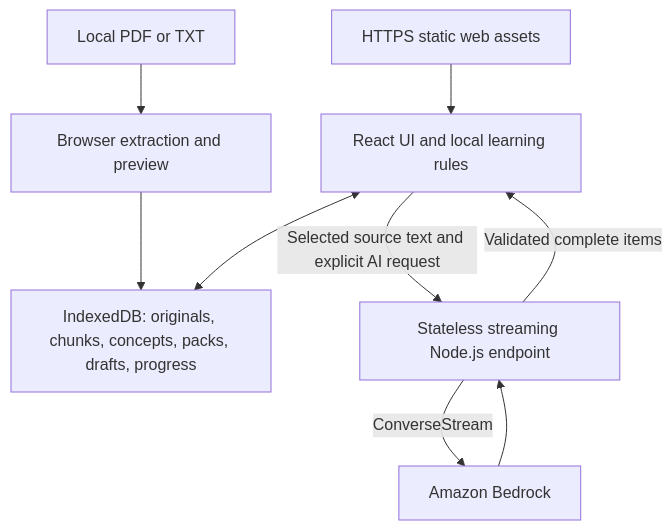
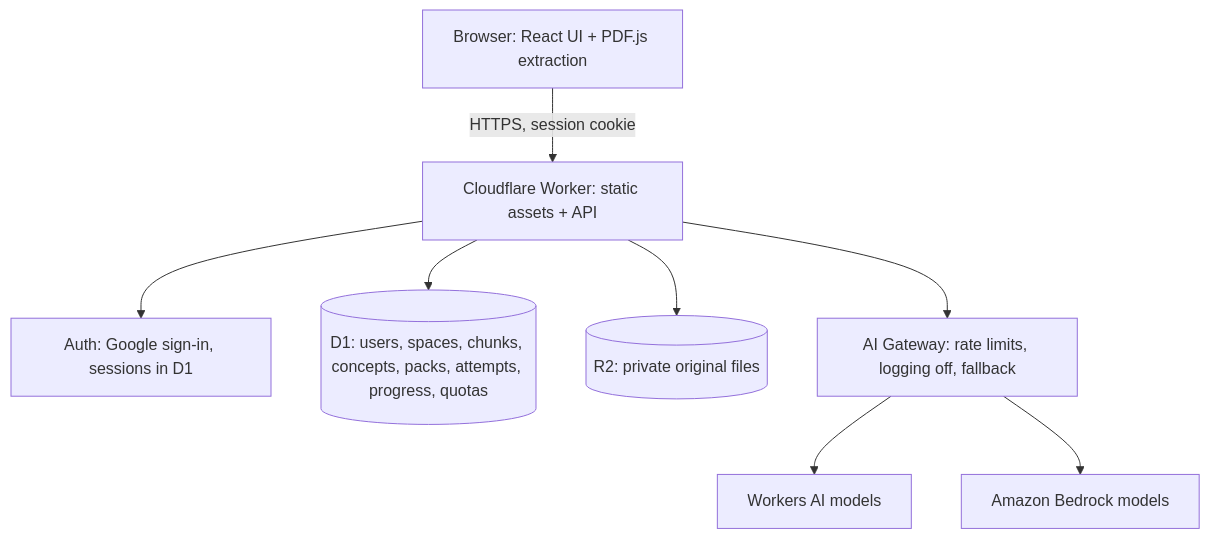
Before and after one commit to Onyekachukwu-Nweke/tai: the diagram in docs/roadmap/architecture.md, drawn with Mermaid. The commit also changed other lines of this file and 19 other files, not shown here.

First line of the commit message:
docs: move TAI architecture to Cloudflare with required sign-in

````diff
--- a/docs/roadmap/architecture.md
+++ b/docs/roadmap/architecture.md
@@ -7,11 +7,10 @@
 ```mermaid
 flowchart TD
-    Files[Local PDF or TXT] --> Parse[Browser extraction and preview]
-    Parse --> DB[IndexedDB: originals, chunks, concepts, packs, drafts, progress]
-    UI[React UI and local learning rules] <--> DB
-    UI -->|Selected source text and explicit AI request| API[Stateless streaming Node.js endpoint]
-    API -->|ConverseStream| AI[Amazon Bedrock]
-    AI --> API
-    API -->|Validated complete items| UI
-    Static[HTTPS static web assets] --> UI
+    Browser[Browser: React UI + PDF.js extraction] -->|HTTPS, session cookie| Worker[Cloudflare Worker: static assets + API]
+    Worker --> Auth[Auth: Google sign-in, sessions in D1]
+    Worker --> D1[(D1: users, spaces, chunks, concepts, packs, attempts, progress, quotas)]
+    Worker --> R2[(R2: private original files)]
+    Worker --> GW[AI Gateway: rate limits, logging off, fallback]
+    GW --> WAI[Workers AI models]
+    GW --> BR[Amazon Bedrock models]
 ```
````
